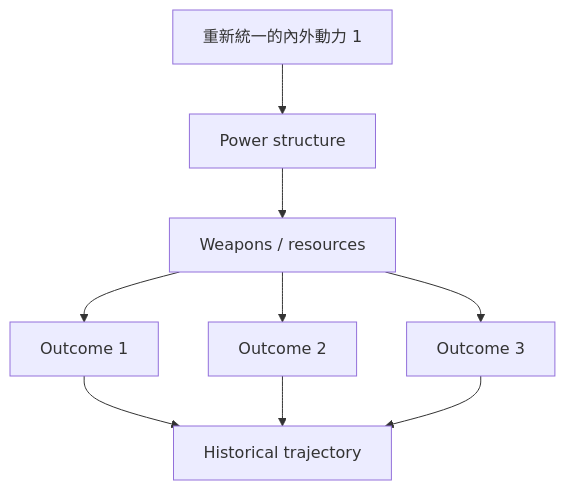
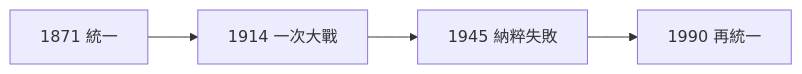
The fourth of 7 diagrams in 01_HKU_Courses/HIST2076_Germany_and_the_Cold_War.md (yip-lgtm/HKU-Harvard-History-Self-Study), drawn with Mermaid before and after one commit. The commit also changed other lines of this file and 48 other files, not shown here.

````diff
--- a/01_HKU_Courses/HIST2076_Germany_and_the_Cold_War.md
+++ b/01_HKU_Courses/HIST2076_Germany_and_the_Cold_War.md
@@ -226,11 +130,6 @@
 ```mermaid
-graph TD
-    A[重新統一的內外動力 1] --> B[Power structure]
-    B --> C[Weapons / resources]
-    C --> D[Outcome 1]
-    C --> E[Outcome 2]
-    C --> F[Outcome 3]
-    D --> G[Historical trajectory]
-    E --> G
-    F --> G
+flowchart LR
+    A[1871 統一] --> B[1914 一次大戰]
+    B --> C[1945 納粹失敗]
+    C --> D[1990 再統一]
 ```
````
